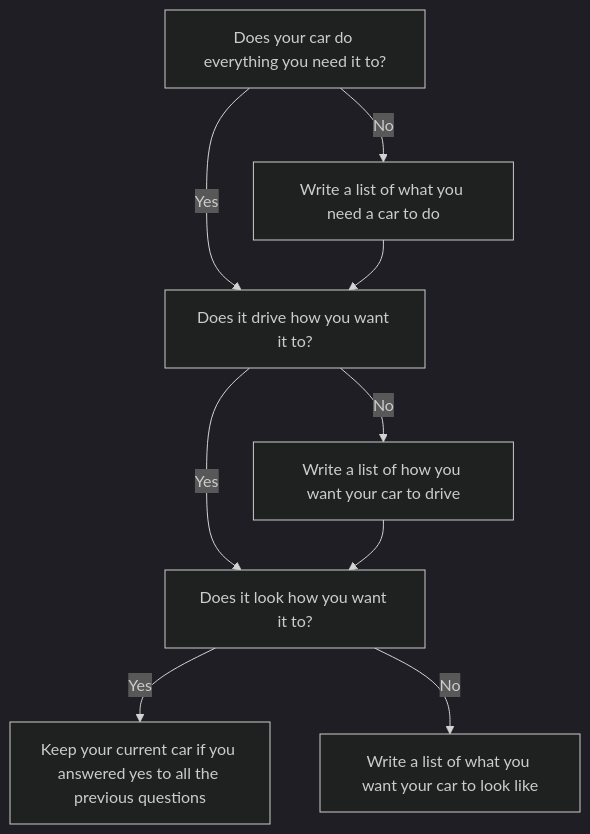
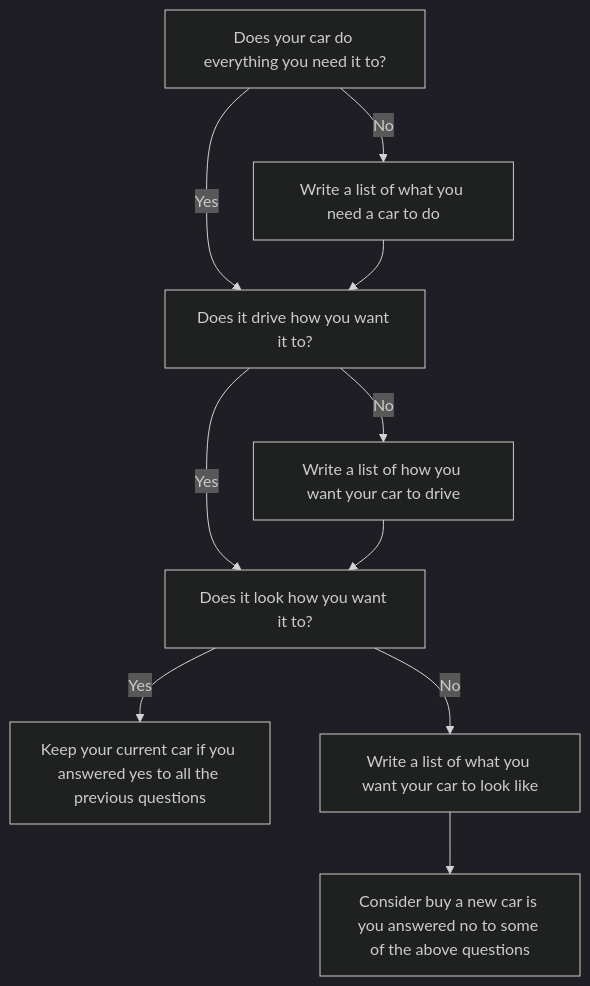
The first of 2 diagrams in README.md (jessemillar/to-car-or-not-to-car), drawn with Mermaid (dark theme) before and after one commit. The commit also changed other lines of this file, not shown here.

Commit message:
Adding a second diagram

````diff
--- a/README.md
+++ b/README.md
@@ -10,12 +9,13 @@
 ```mermaid
 flowchart TB
 carNeeds[Does your car do everything you need it to?]
     carNeeds-->|Yes| carDriving
     carNeeds-->|No| carNeedsResearch[Write a list of what you need a car to do] -->carDriving
 carDriving[Does it drive how you want it to?]
     carDriving-->|Yes| carLooks
     carDriving-->|No| carDrivingResearch[Write a list of how you want your car to drive] -->carLooks
 carLooks[Does it look how you want it to?]
     carLooks-->|Yes| keepCurrentCar[Keep your current car if you answered yes to all the previous questions]
-    carLooks-->|No| carLooksResearch[Write a list of what you want your car to look like]
+    carLooks-->|No| carLooksResearch[Write a list of what you want your car to look like] -->considerNew
+considerNew[Consider buy a new car is you answered no to some of the above questions]
 ```
````
